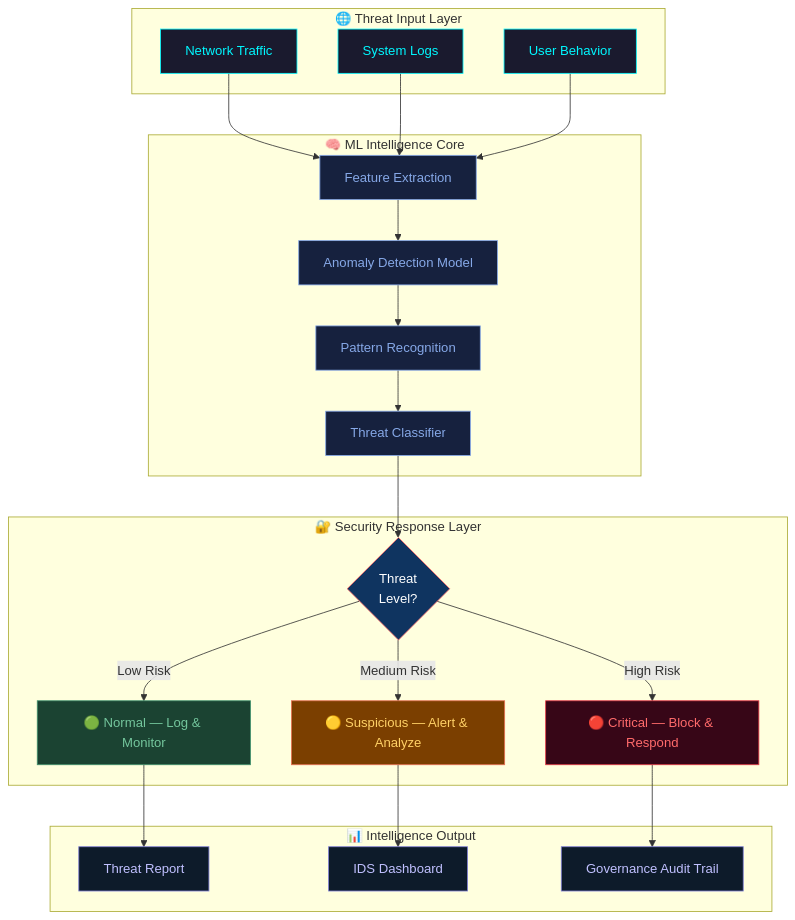
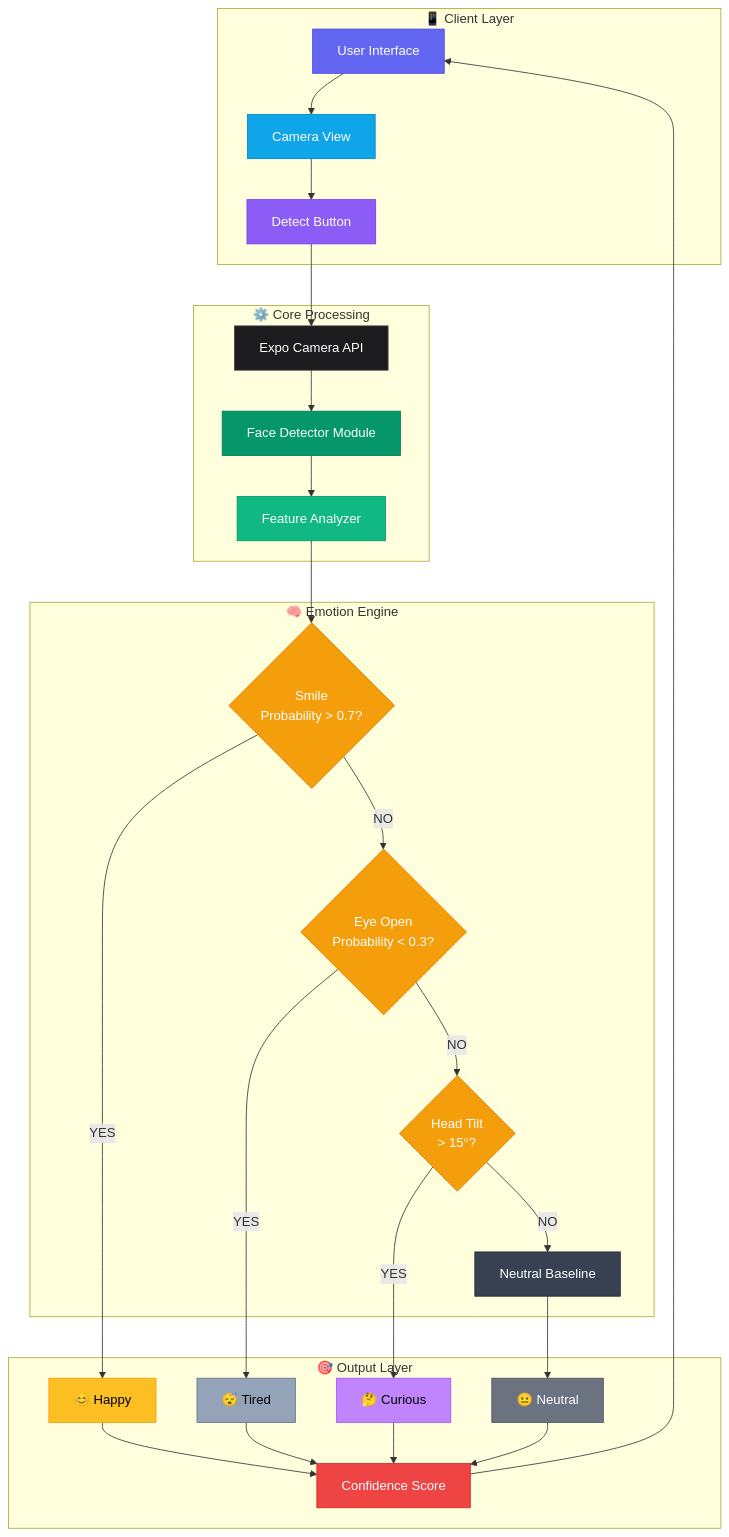
Before and after one commit to LuthandoCandlovu/LuthandoCandlovu: the first of 5 diagrams in README.md, drawn with Mermaid. The commit also changed other lines of this file, not shown here.

````diff
--- a/README.md
+++ b/README.md
@@ -91,41 +100,53 @@
 ```mermaid
 graph TB
-    subgraph INPUT["🌐 Threat Input Layer"]
-        A[Network Traffic]:::input
-        B[System Logs]:::input
-        C[User Behavior]:::input
+    subgraph CLIENT["📱 Client Layer"]
+        A[User Interface]:::ui
+        B[Camera View]:::cam
+        C[Detect Button]:::btn
     end
 
-    subgraph ML["🧠 ML Intelligence Core"]
-        D[Feature Extraction]:::ml
-        E[Anomaly Detection Model]:::ml
-        F[Pattern Recognition]:::ml
-        G[Threat Classifier]:::ml
+    subgraph CORE["⚙️ Core Processing"]
+        D[Expo Camera API]:::expo
+        E[Face Detector Module]:::face
+        F[Feature Analyzer]:::feat
     end
 
-    subgraph SECURITY["🔐 Security Response Layer"]
-        H{Threat\nLevel?}:::decision
-        I[🟢 Normal — Log & Monitor]:::safe
-        J[🟡 Suspicious — Alert & Analyze]:::warn
-        K[🔴 Critical — Block & Respond]:::danger
+    subgraph LOGIC["🧠 Emotion Engine"]
+        G{Smile\nProbability > 0.7?}:::decision
+        H{Eye Open\nProbability < 0.3?}:::decision
+        I{Head Tilt\n> 15°?}:::decision
+        J[Neutral Baseline]:::base
     end
 
-    subgraph OUTPUT["📊 Intelligence Output"]
-        L[Threat Report]:::out
-        M[IDS Dashboard]:::out
-        N[Governance Audit Trail]:::out
+    subgraph OUTPUT["🎯 Output Layer"]
+        K[😊 Happy]:::happy
+        L[😴 Tired]:::tired
+        M[🤔 Curious]:::curious
+        N[😐 Neutral]:::neutral
+        O[Confidence Score]:::score
     end
 
-    A & B & C --> D --> E --> F --> G --> H
-    H -->|Low Risk| I --> L
-    H -->|Medium Risk| J --> M
-    H -->|High Risk| K --> N
+    A --> B --> C --> D --> E --> F
+    F --> G
+    G -- YES --> K
+    G -- NO --> H
+    H -- YES --> L
+    H -- NO --> I
+    I -- YES --> M
+    I -- NO --> J --> N
+    K & L & M & N --> O --> A
 
-    classDef input fill:#1a1a2e,stroke:#00F7FF,color:#00F7FF
-    classDef ml fill:#16213e,stroke:#86A8E7,color:#86A8E7
-    classDef decision fill:#0f3460,stroke:#FF6B6B,color:#fff
-    classDef safe fill:#1b4332,stroke:#40916c,color:#74c69d
-    classDef warn fill:#7b3f00,stroke:#e76f51,color:#ffd166
-    classDef danger fill:#370617,stroke:#e63946,color:#ff6b6b
-    classDef out fill:#0d1b2a,stroke:#7F7FD5,color:#c0c0ff
+    classDef ui fill:#6366f1,stroke:#4f46e5,color:#fff
+    classDef cam fill:#0ea5e9,stroke:#0284c7,color:#fff
+    classDef btn fill:#8b5cf6,stroke:#7c3aed,color:#fff
+    classDef expo fill:#1c1c1e,stroke:#3f3f46,color:#fff
+    classDef face fill:#059669,stroke:#047857,color:#fff
+    classDef feat fill:#10b981,stroke:#059669,color:#fff
+    classDef decision fill:#f59e0b,stroke:#d97706,color:#fff
+    classDef happy fill:#fbbf24,stroke:#f59e0b,color:#000
+    classDef tired fill:#94a3b8,stroke:#64748b,color:#000
+    classDef curious fill:#c084fc,stroke:#a855f7,color:#000
+    classDef neutral fill:#6b7280,stroke:#4b5563,color:#fff
+    classDef base fill:#374151,stroke:#1f2937,color:#fff
+    classDef score fill:#ef4444,stroke:#dc2626,color:#fff
 ```
````
